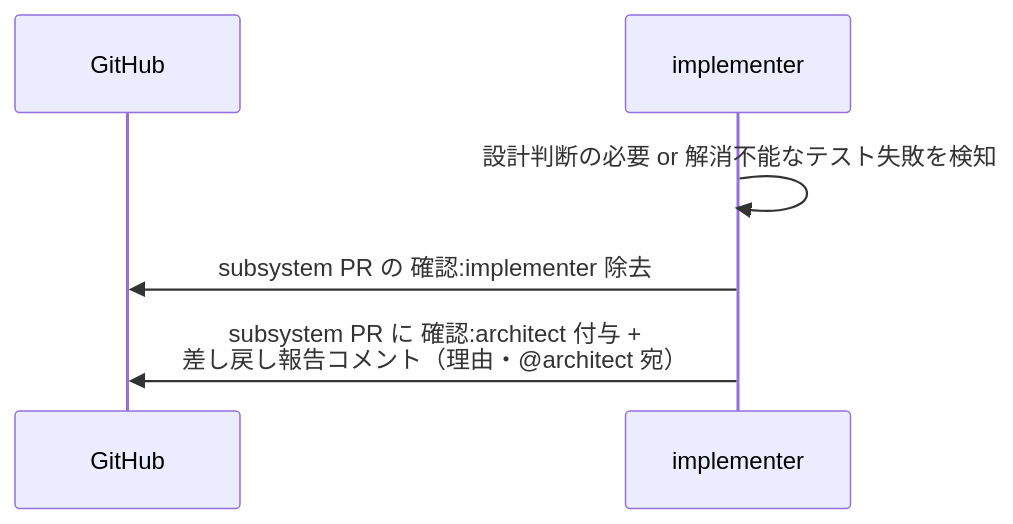
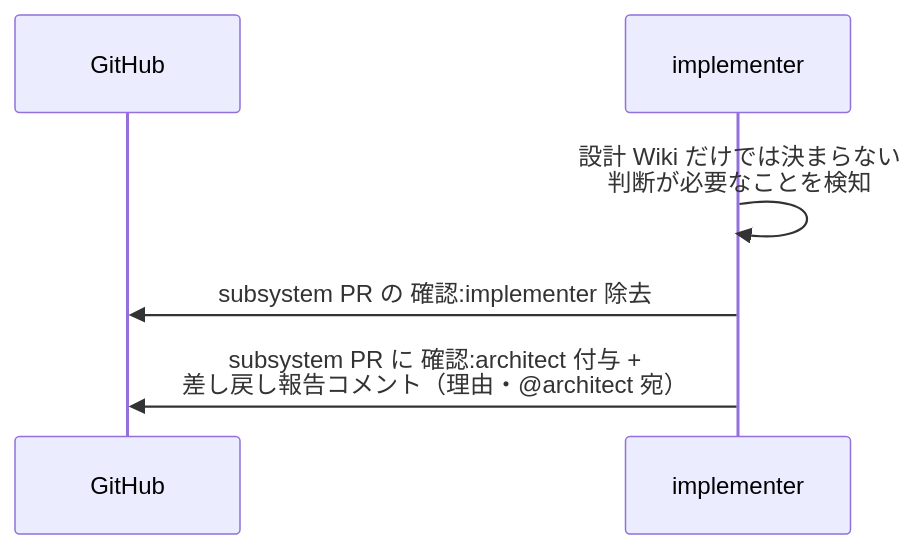
The third of 3 diagrams in docs/wiki/設計図/シナリオ/単一ユースケース/実装.md (shuhei1101/ai-monitor), drawn with Mermaid before and after one commit. The commit also changed other lines of this file and 304 other files, not shown here.

````diff
--- a/docs/wiki/設計図/シナリオ/単一ユースケース/実装.md
+++ b/docs/wiki/設計図/シナリオ/単一ユースケース/実装.md
@@ -121,9 +110,9 @@
 ```mermaid
 sequenceDiagram
   participant GH as GitHub
   participant MON as implementer
 
-  MON->>MON: 設計判断の必要 or 解消不能なテスト失敗を検知
+  MON->>MON: 設計 Wiki だけでは決まらない<br>判断が必要なことを検知
   MON->>GH: subsystem PR の 確認:implementer 除去
   MON->>GH: subsystem PR に 確認:architect 付与 +<br>差し戻し報告コメント（理由・@architect 宛）
 ```
````
